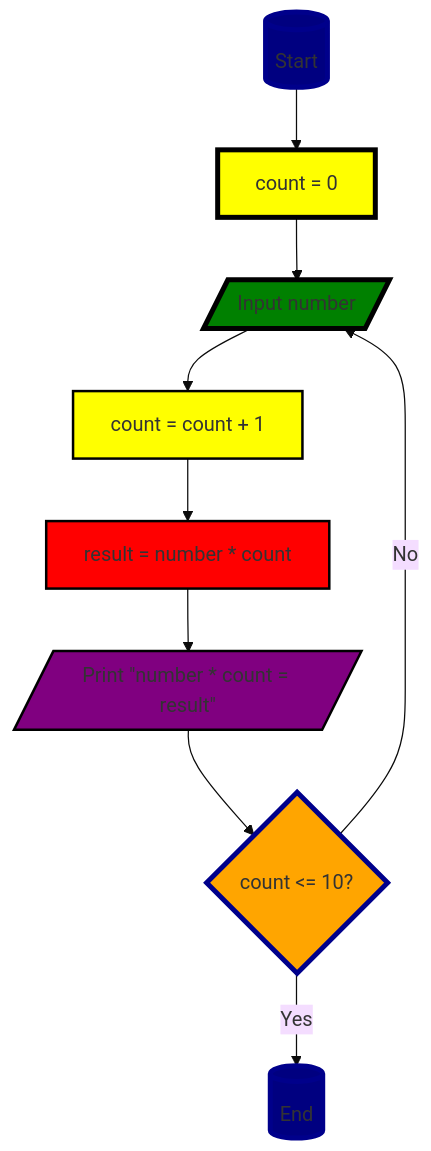
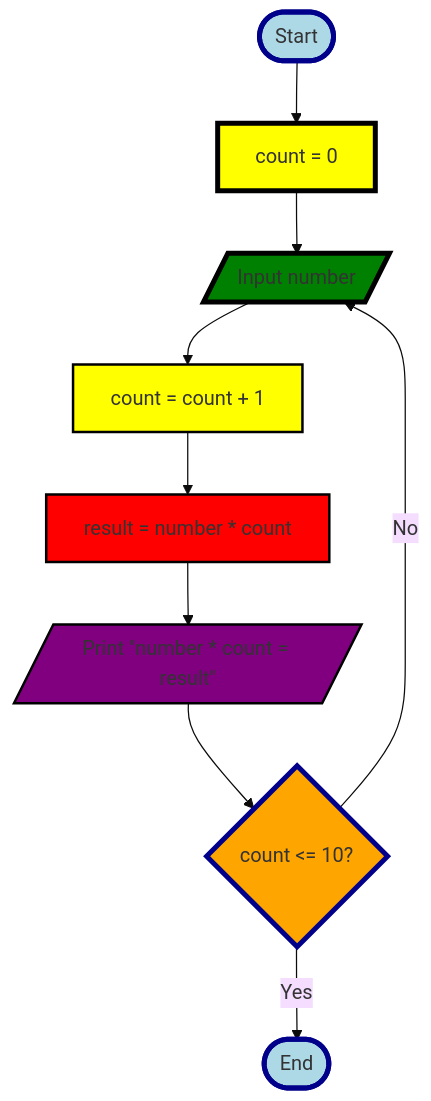
One commit to Halamohamed/Workshops-Algorithm-Flowchart changed the second of 2 diagrams in mermaid.md. Above: the diagram before and after it, drawn with Mermaid (base theme). The commit also changed other lines of this file, not shown here.

Commit message:
updated mermaid

````diff
--- a/mermaid.md
+++ b/mermaid.md
@@ -46,19 +26,19 @@
 ``` mermaid
 flowchart TD
-    A[(Start)] --> B[count = 0 ]
-    style A fill:navy,stroke:darkblue,stroke-width:4px,shadow:shadow
+    A([Start]) --> B[count = 0 ]
+    style A fill:lightblue,stroke:darkblue,stroke-width:4px,shadow:shadow
     B --> C[/Input number/]
     style B fill:yellow,stroke:black,stroke-width:4px,shadow:shadow
     C --> D[count = count + 1]
     style C fill:green,stroke:black,stroke-width:4px,shadow:shadow
     D --> E[result = number * count]
     E --> F[/Print "number * count = result"/]
     F --> G{ count <= 10? }
     G --> |No| C
-    G --> |Yes| S[(End)]
+    G --> |Yes| S([End])
     style D fill:yellow,stroke:black,stroke-width:2px,shadow:shadow
     style E fill:red,stroke:black,stroke-width:2px,shadow:shadow
     style F fill:purple,stroke:black,stroke-width:2px,shadow:shadow
     style G fill:orange,stroke:darkblue,stroke-width:4px,shadow:shadow
-    style S fill:navy,stroke:darkblue,stroke-width:4px,shadow:shadow
+    style S fill:lightblue,stroke:darkblue,stroke-width:4px,shadow:shadow
 ```
````
